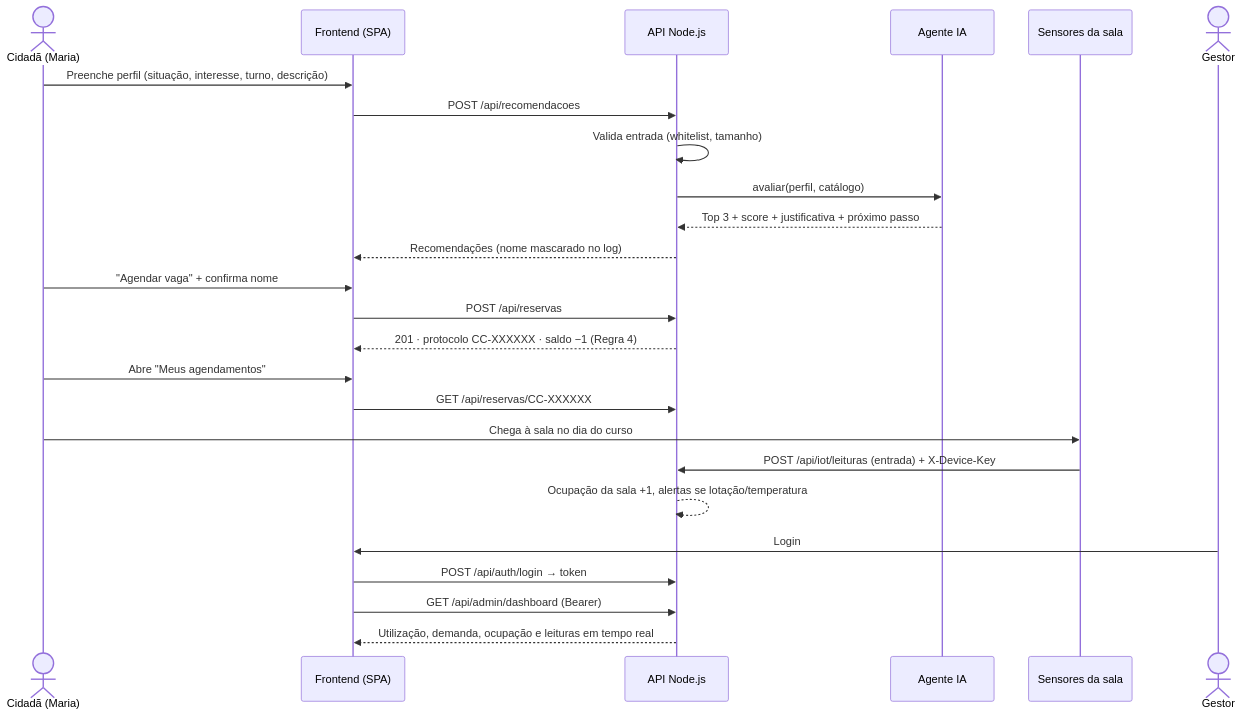
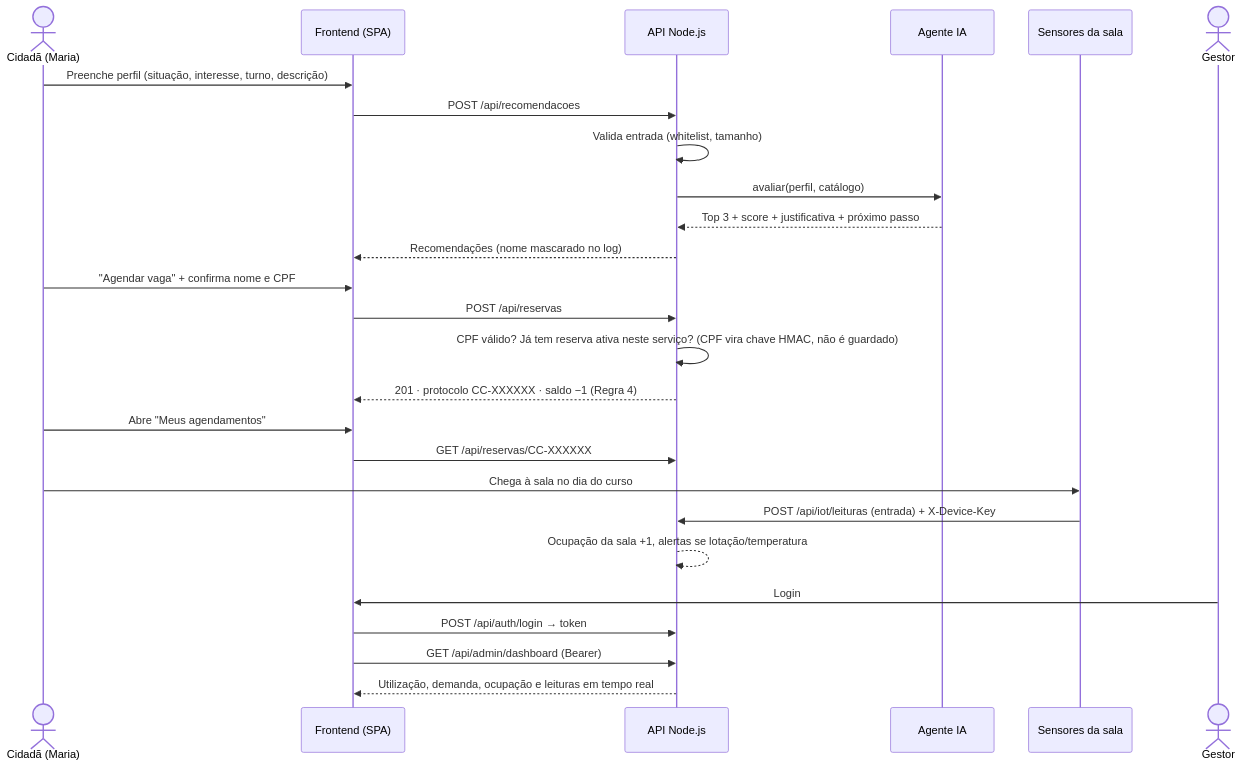
Before and after one commit to LSantana28/conecta-comunidade: the diagram in docs/fluxo-funcional.md, drawn with Mermaid. The commit also changed other lines of this file and 15 other files, not shown here.

````diff
--- a/docs/fluxo-funcional.md
+++ b/docs/fluxo-funcional.md
@@ -5,27 +5,28 @@
 ```mermaid
 sequenceDiagram
   actor Maria as Cidadã (Maria)
   participant UI as Frontend (SPA)
   participant API as API Node.js
   participant IA as Agente IA
   participant IoT as Sensores da sala
   actor Gestor
   Maria->>UI: Preenche perfil (situação, interesse, turno, descrição)
   UI->>API: POST /api/recomendacoes
   API->>API: Valida entrada (whitelist, tamanho)
   API->>IA: avaliar(perfil, catálogo)
   IA-->>API: Top 3 + score + justificativa + próximo passo
   API-->>UI: Recomendações (nome mascarado no log)
-  Maria->>UI: "Agendar vaga" + confirma nome
+  Maria->>UI: "Agendar vaga" + confirma nome e CPF
   UI->>API: POST /api/reservas
+  API->>API: CPF válido? Já tem reserva ativa neste serviço? (CPF vira chave HMAC, não é guardado)
   API-->>UI: 201 · protocolo CC-XXXXXX · saldo −1 (Regra 4)
   Maria->>UI: Abre "Meus agendamentos"
   UI->>API: GET /api/reservas/CC-XXXXXX
   Maria->>IoT: Chega à sala no dia do curso
   IoT->>API: POST /api/iot/leituras (entrada) + X-Device-Key
   API-->>API: Ocupação da sala +1, alertas se lotação/temperatura
   Gestor->>UI: Login
   UI->>API: POST /api/auth/login → token
   UI->>API: GET /api/admin/dashboard (Bearer)
   API-->>UI: Utilização, demanda, ocupação e leituras em tempo real
 ```
````
